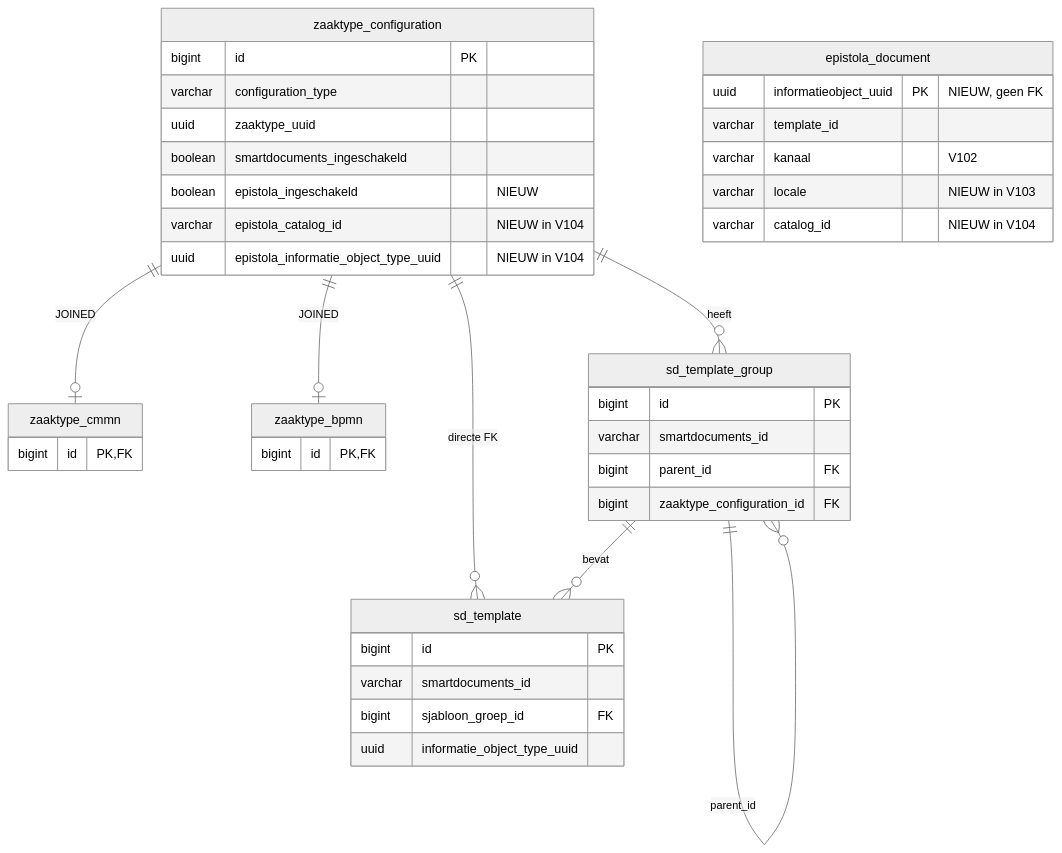
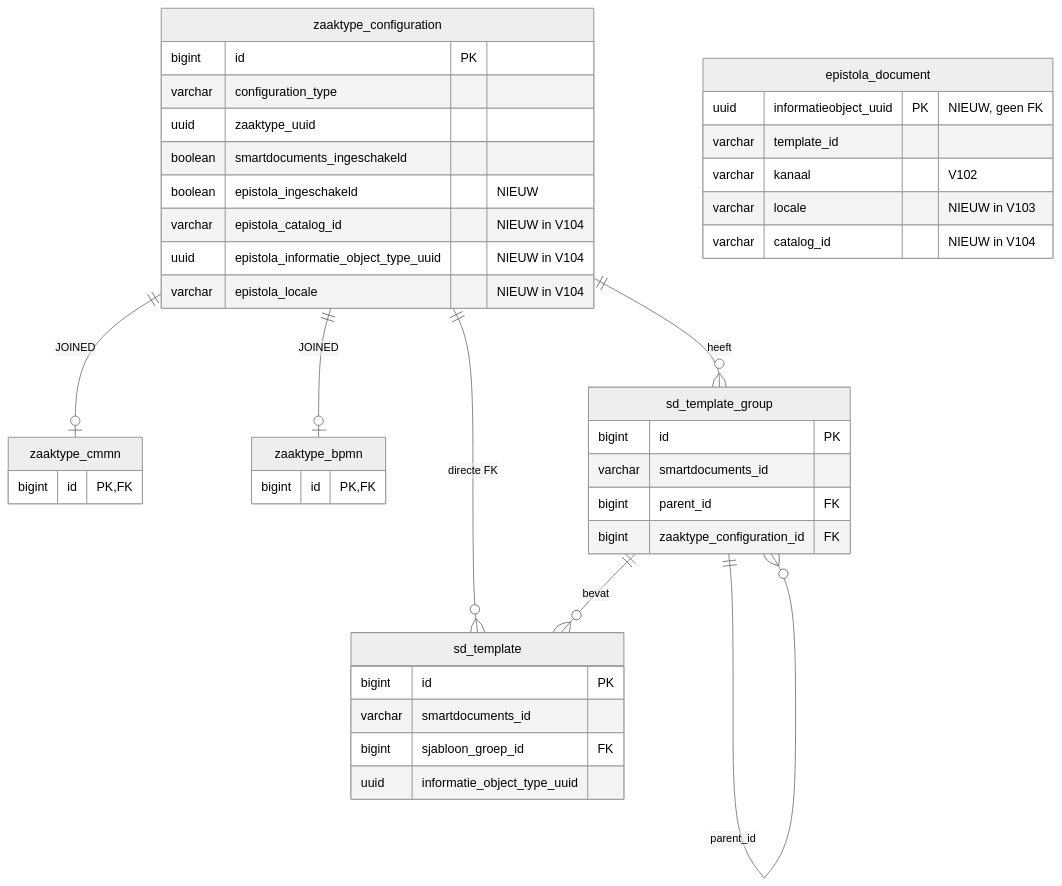
Before and after one commit to infonl/zac-epistola-prototype: the diagram in docs/epistola/datamodel.md, drawn with Mermaid (neutral theme). The commit also changed other lines of this file and 4 other files, not shown here.

````diff
--- a/docs/epistola/datamodel.md
+++ b/docs/epistola/datamodel.md
@@ -26,44 +26,45 @@
 ```mermaid
 erDiagram
     zaaktype_configuration ||--o| zaaktype_cmmn : "JOINED"
     zaaktype_configuration ||--o| zaaktype_bpmn : "JOINED"
     zaaktype_configuration ||--o{ sd_template_group : heeft
     zaaktype_configuration ||--o{ sd_template : "directe FK"
     sd_template_group ||--o{ sd_template : bevat
     sd_template_group ||--o{ sd_template_group : parent_id
 
     zaaktype_configuration {
         bigint id PK
         varchar configuration_type
         uuid zaaktype_uuid
         boolean smartdocuments_ingeschakeld
         boolean epistola_ingeschakeld "NIEUW"
         varchar epistola_catalog_id "NIEUW in V104"
         uuid epistola_informatie_object_type_uuid "NIEUW in V104"
+        varchar epistola_locale "NIEUW in V104"
     }
     zaaktype_cmmn {
         bigint id PK,FK
     }
     zaaktype_bpmn {
         bigint id PK,FK
     }
     sd_template_group {
         bigint id PK
         varchar smartdocuments_id
         bigint parent_id FK
         bigint zaaktype_configuration_id FK
     }
     sd_template {
         bigint id PK
         varchar smartdocuments_id
         bigint sjabloon_groep_id FK
         uuid informatie_object_type_uuid
     }
     epistola_document {
         uuid informatieobject_uuid PK "NIEUW, geen FK"
         varchar template_id
         varchar kanaal "V102"
         varchar locale "NIEUW in V103"
         varchar catalog_id "NIEUW in V104"
     }
 ```
````
